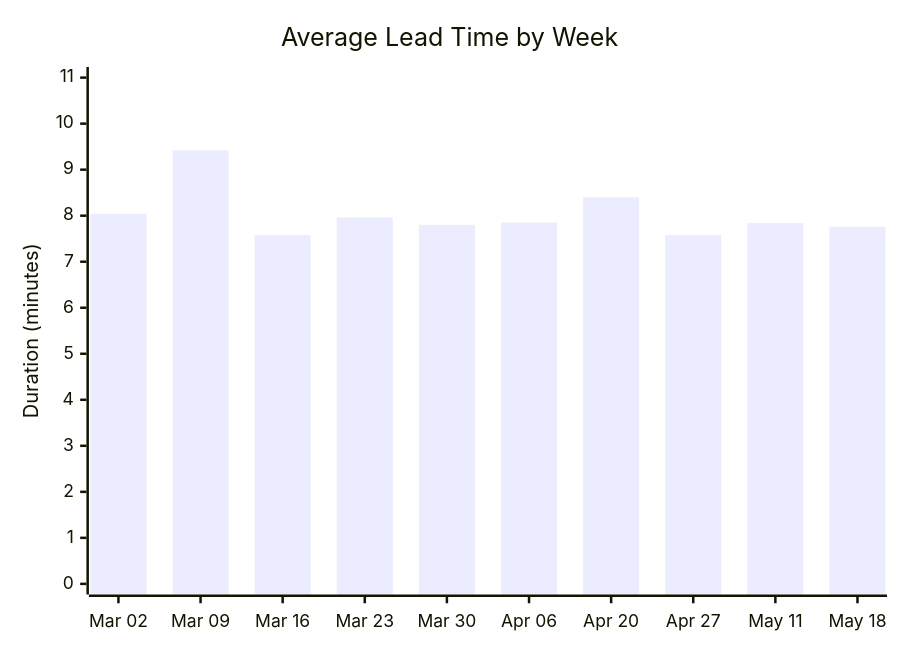
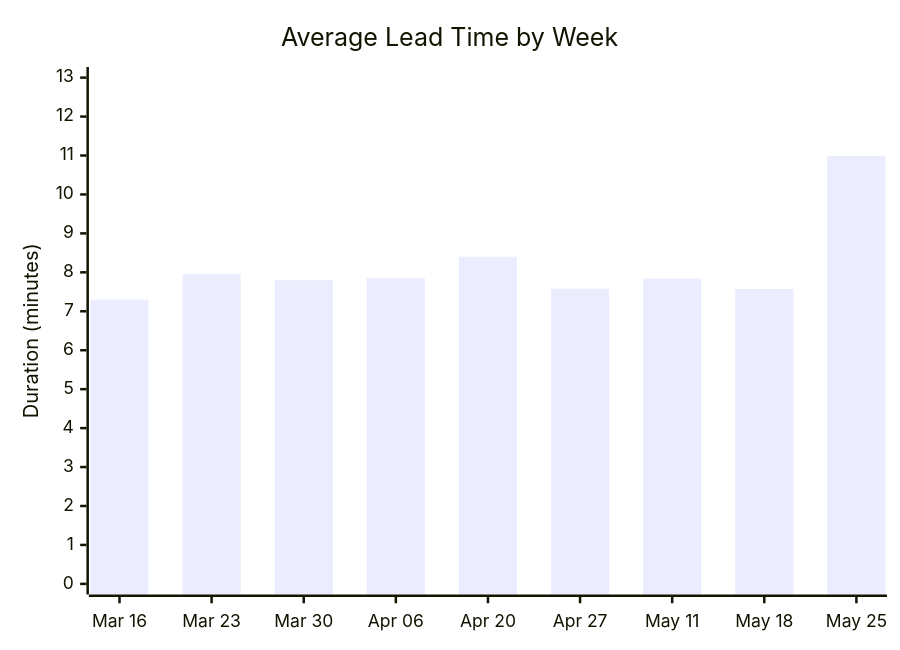
One commit to ukma-cs-ssdm-2025/rate-ukma changed the second of 4 diagrams in docs/ci-cd/dora-summary.md. Above: the diagram before and after it, drawn with Mermaid. The commit also changed other lines of this file, not shown here.

````diff
--- a/docs/ci-cd/dora-summary.md
+++ b/docs/ci-cd/dora-summary.md
@@ -31,7 +29,7 @@
 ```mermaid
 xychart-beta
     title "Average Lead Time by Week"
-    x-axis ["Mar 02", "Mar 09", "Mar 16", "Mar 23", "Mar 30", "Apr 06", "Apr 20", "Apr 27", "May 11", "May 18"]
-    y-axis "Duration (minutes)" 0 --> 11
-    bar [8.04, 9.42, 7.58, 7.96, 7.80, 7.85, 8.40, 7.58, 7.84, 7.76]
+    x-axis ["Mar 16", "Mar 23", "Mar 30", "Apr 06", "Apr 20", "Apr 27", "May 11", "May 18", "May 25"]
+    y-axis "Duration (minutes)" 0 --> 13
+    bar [7.30, 7.96, 7.80, 7.85, 8.40, 7.58, 7.84, 7.57, 10.99]
 ```
````
